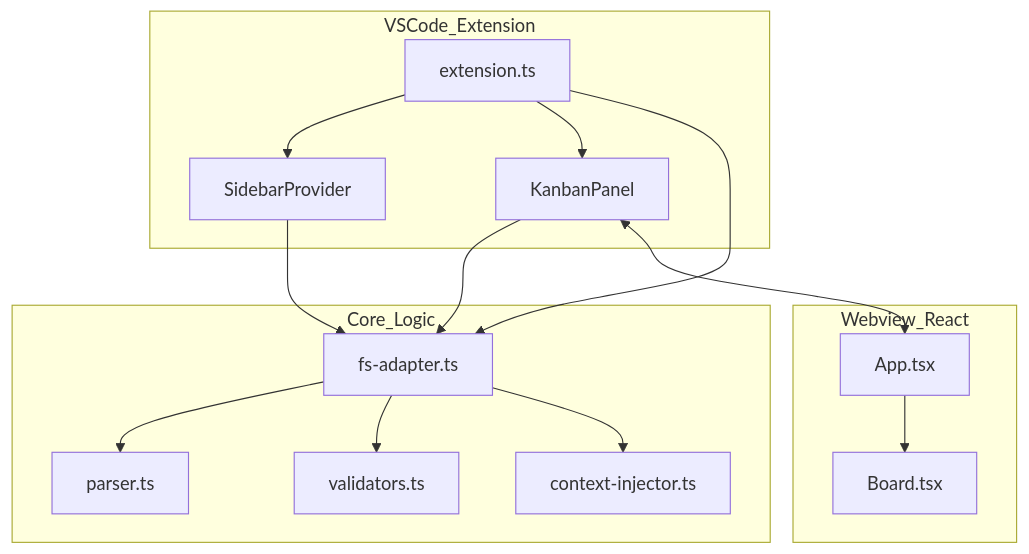
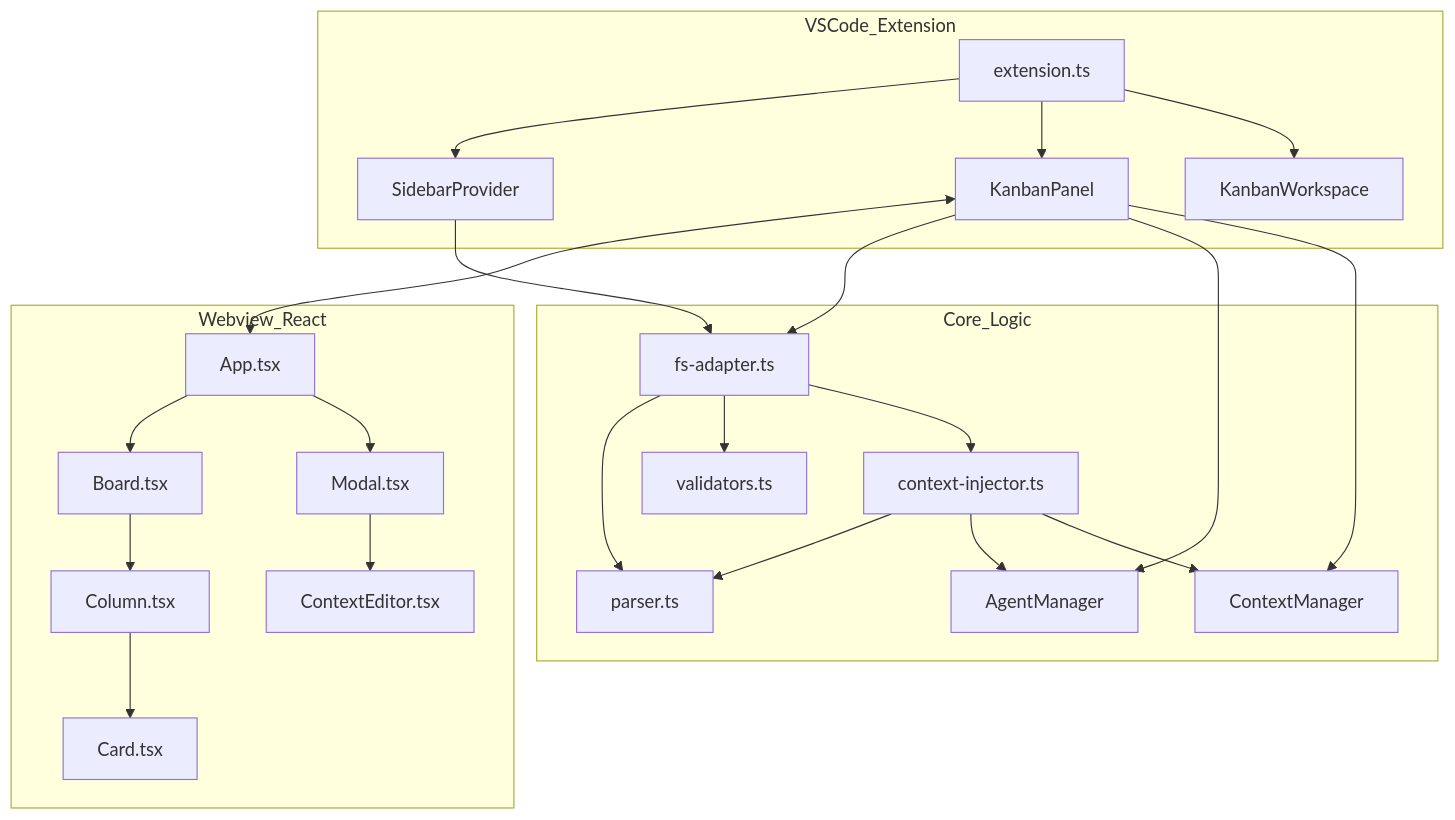
The diagram in Docs/architecture.md (CodexScriba/kanbanllm), drawn with Mermaid before and after one commit. The commit also changed other lines of this file and 15 other files, not shown here.

````diff
--- a/Docs/architecture.md
+++ b/Docs/architecture.md
@@ -76,33 +354,49 @@
 ```mermaid
 graph TD
     subgraph VSCode_Extension
         Ext[extension.ts]
         Sidebar[SidebarProvider]
         Panel[KanbanPanel]
+        Workspace[KanbanWorkspace]
     end
 
     subgraph Core_Logic
         FS[fs-adapter.ts]
         Parser[parser.ts]
         Valid[validators.ts]
         Context[context-injector.ts]
+        AgentMgr[AgentManager]
+        CtxMgr[ContextManager]
     end
 
     subgraph Webview_React
         App[App.tsx]
         Board[Board.tsx]
+        Column[Column.tsx]
+        Card[Card.tsx]
+        Modal[Modal.tsx]
+        Editor[ContextEditor.tsx]
     end
 
     Ext --> Sidebar
     Ext --> Panel
-    Ext --> FS
+    Ext --> Workspace
     Sidebar --> FS
+    Panel <--> App
     Panel --> FS
-    Panel <--> App
+    Panel --> AgentMgr
+    Panel --> CtxMgr
 
     FS --> Parser
     FS --> Valid
     FS --> Context
-    
+    Context --> Parser
+    Context --> AgentMgr
+    Context --> CtxMgr
+
     App --> Board
+    Board --> Column
+    Column --> Card
+    App --> Modal
+    Modal --> Editor
 ```
````
